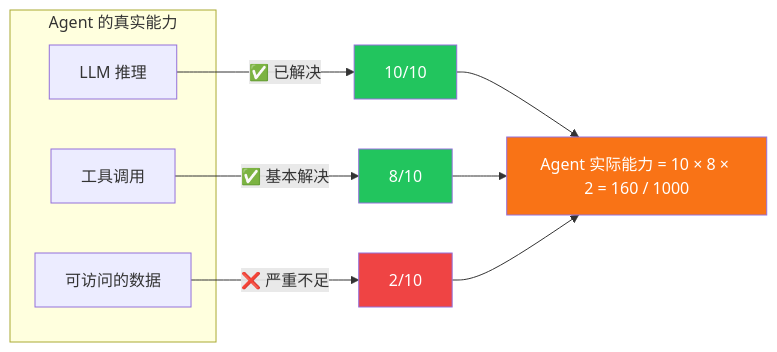
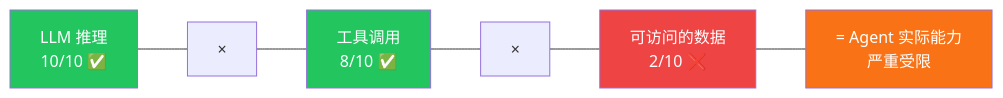
Before and after one commit to Trashwbin/quill: the first of 6 diagrams in content/zh/posts/agent-bottleneck-data-sovereignty.md, drawn with Mermaid. The commit also changed other lines of this file and 5 other files, not shown here.

````diff
--- a/content/zh/posts/agent-bottleneck-data-sovereignty.md
+++ b/content/zh/posts/agent-bottleneck-data-sovereignty.md
@@ -58,23 +22,17 @@
 ```mermaid
 graph LR
-    subgraph "Agent 的真实能力"
-        A["LLM 推理"] 
-        B["工具调用"]
-        C["可访问的数据"]
-    end
+    A["LLM 推理<br/>10/10 ✅"] 
+    B["工具调用<br/>8/10 ✅"]
+    C["可访问的数据<br/>2/10 ❌"]
     
-    A -->|"✅ 已解决"| Score1["10/10"]
-    B -->|"✅ 基本解决"| Score2["8/10"]
-    C -->|"❌ 严重不足"| Score3["2/10"]
+    A --- Times1["×"]
+    Times1 --- B
+    B --- Times2["×"]
+    Times2 --- C
+    C --- Result["= Agent 实际能力<br/>严重受限"]
     
-    Result["Agent 实际能力 = 10 × 8 × 2 = 160 / 1000"]
-    
-    Score1 --> Result
-    Score2 --> Result
-    Score3 --> Result
-    
-    style Score1 fill:#22c55e,color:#fff
-    style Score2 fill:#22c55e,color:#fff
-    style Score3 fill:#ef4444,color:#fff
+    style A fill:#22c55e,color:#fff
+    style B fill:#22c55e,color:#fff
+    style C fill:#ef4444,color:#fff
     style Result fill:#f97316,color:#fff
 ```
````
